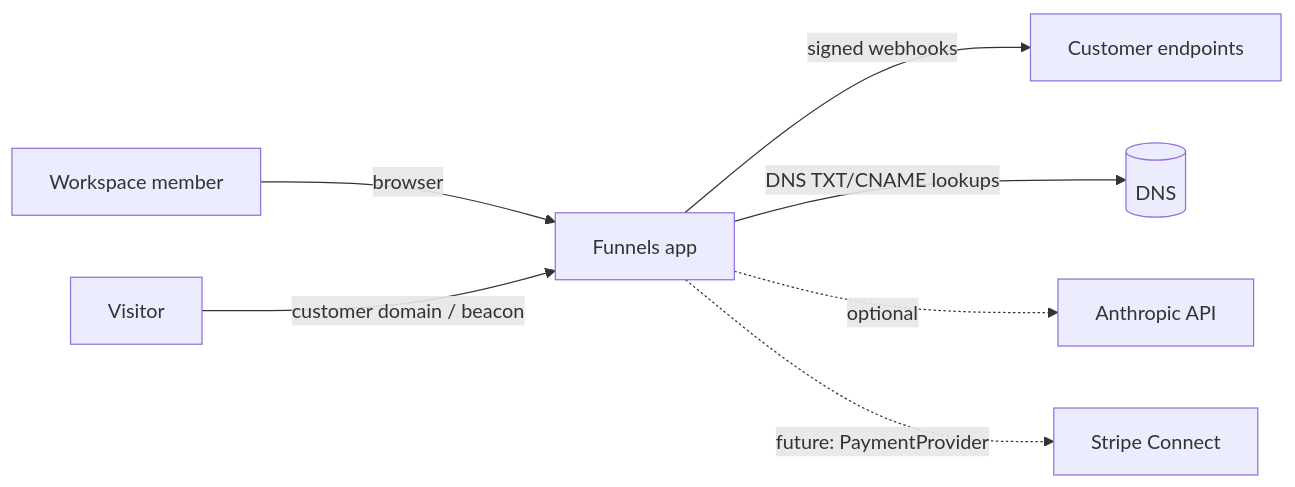
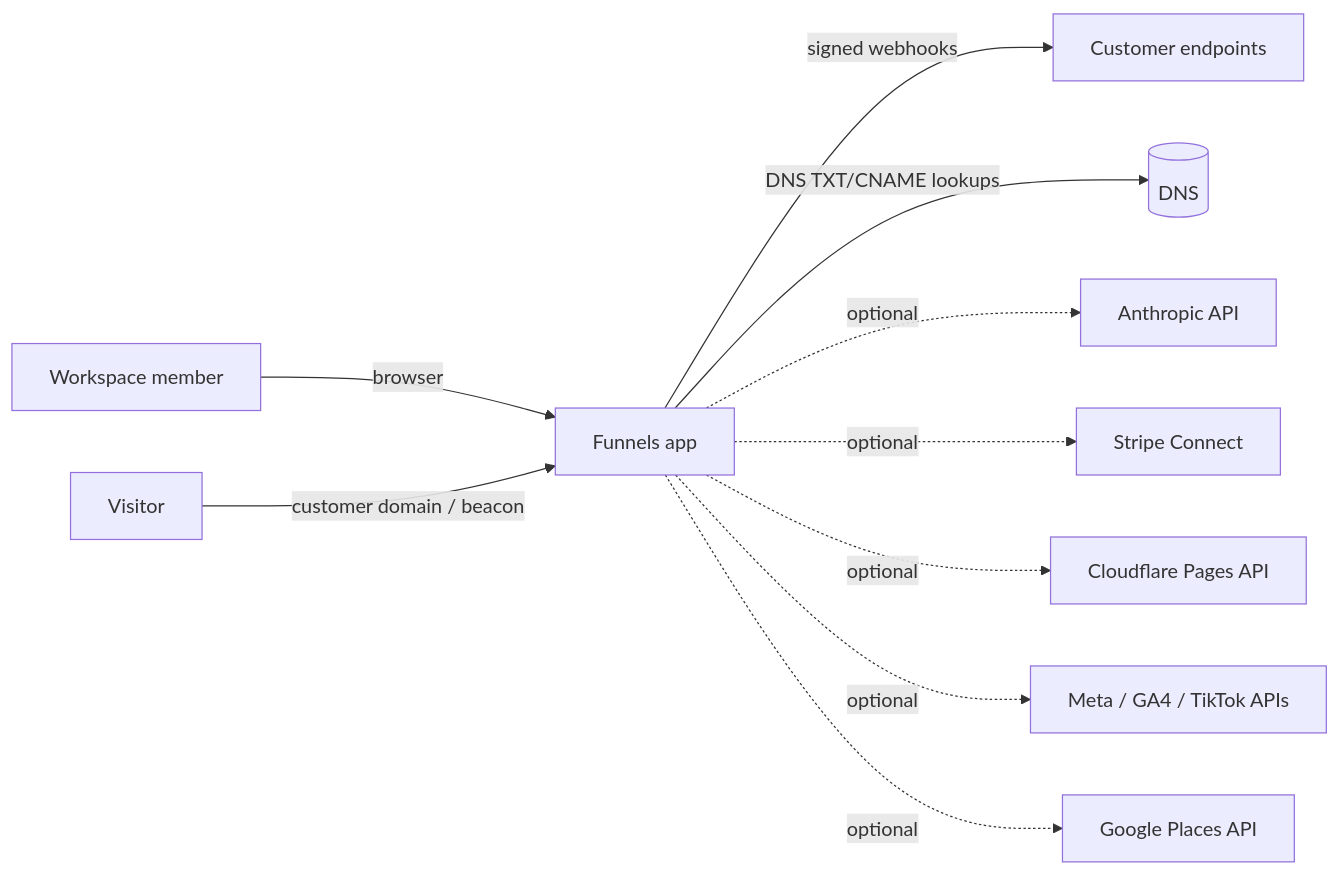
The first of 14 diagrams in docs/ARCHITECTURE.md (VaibhavBansal26/funnels), drawn with Mermaid before and after one commit. The commit also changed other lines of this file, not shown here.

Commit message:
docs(architecture): current process summary and external services; point to the full data model

````diff
--- a/docs/ARCHITECTURE.md
+++ b/docs/ARCHITECTURE.md
@@ -7,9 +7,12 @@
 ```mermaid
 flowchart LR
   Owner[Workspace member] -->|browser| App[Funnels app]
   Visitor[Visitor] -->|customer domain / beacon| App
   App -->|signed webhooks| Hooks[Customer endpoints]
   App -->|DNS TXT/CNAME lookups| DNS[(DNS)]
   App -.->|optional| LLM[Anthropic API]
-  App -.->|future: PaymentProvider| Pay[Stripe Connect]
+  App -.->|optional| Pay[Stripe Connect]
+  App -.->|optional| CF[Cloudflare Pages API]
+  App -.->|optional| Ads[Meta / GA4 / TikTok APIs]
+  App -.->|optional| GP[Google Places API]
 ```
````
